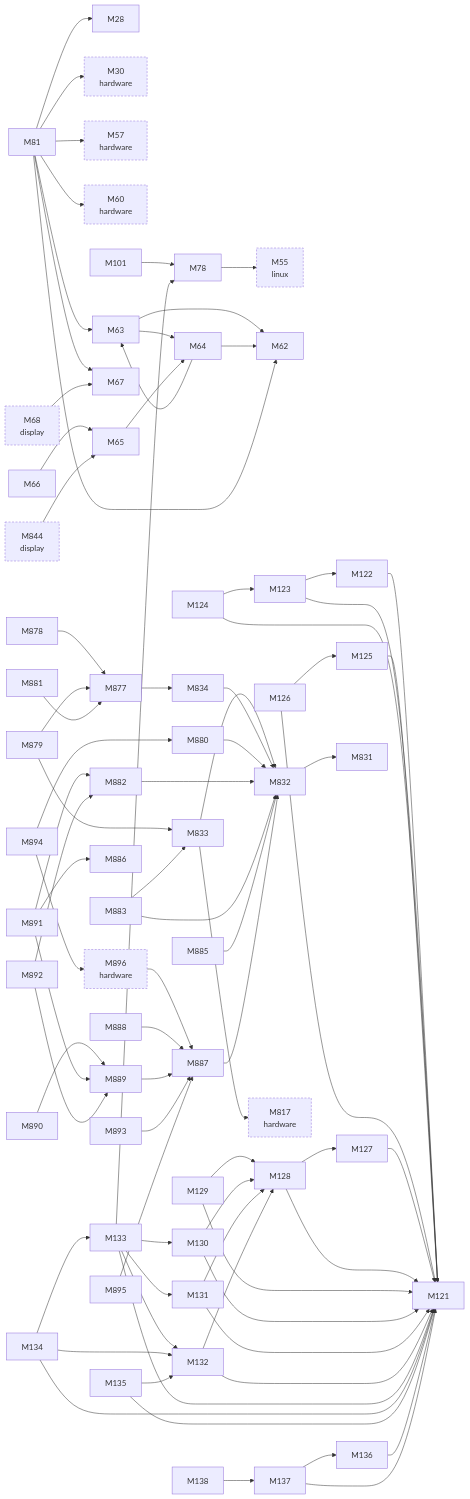
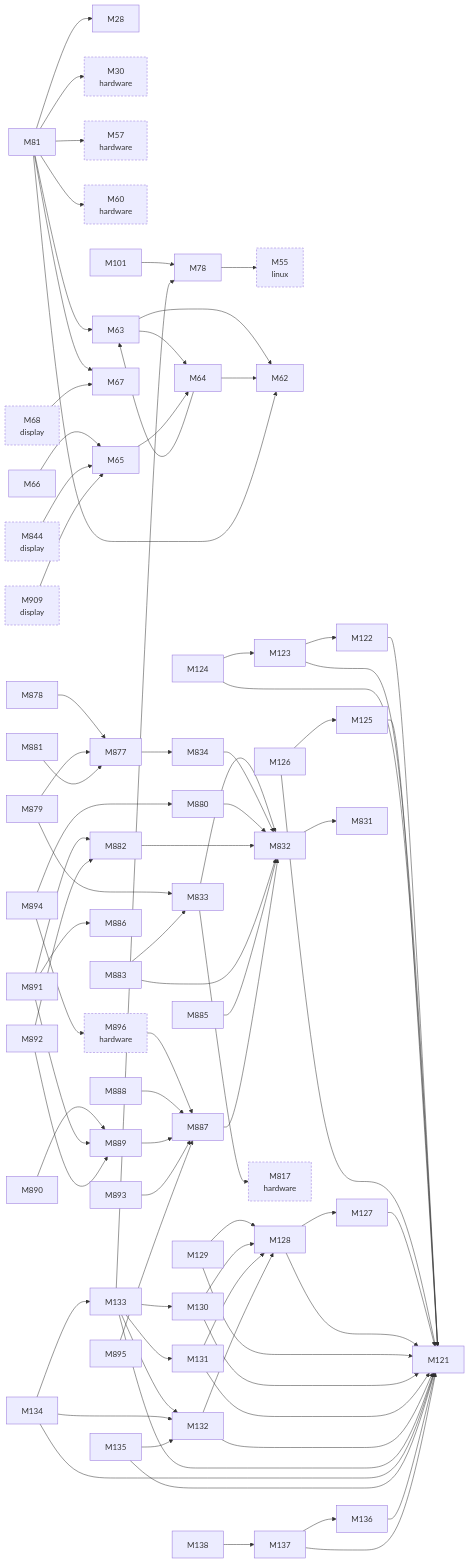
The second of 3 diagrams in docs/facts/graphs/kmd.md (D-Ogi/amdgpu-wddm), drawn with Mermaid before and after one commit. The commit also changed 37 other files, not shown here.

````diff
--- a/docs/facts/graphs/kmd.md
+++ b/docs/facts/graphs/kmd.md
@@ -144,6 +144,7 @@
   M894["M894"]
   M895["M895"]
   M896["M896<br/>hardware"]
+  M909["M909<br/>display"]
   M896 --> M887
   M63 --> M62
   M63 --> M64
@@ -222,6 +223,7 @@
   M895 --> M887
   M68 --> M67
   M844 --> M65
+  M909 --> M65
   classDef other stroke-dasharray:4 3
-  class M30,M55,M57,M60,M68,M817,M844,M896 other
+  class M30,M55,M57,M60,M68,M817,M844,M896,M909 other
 ```
````
